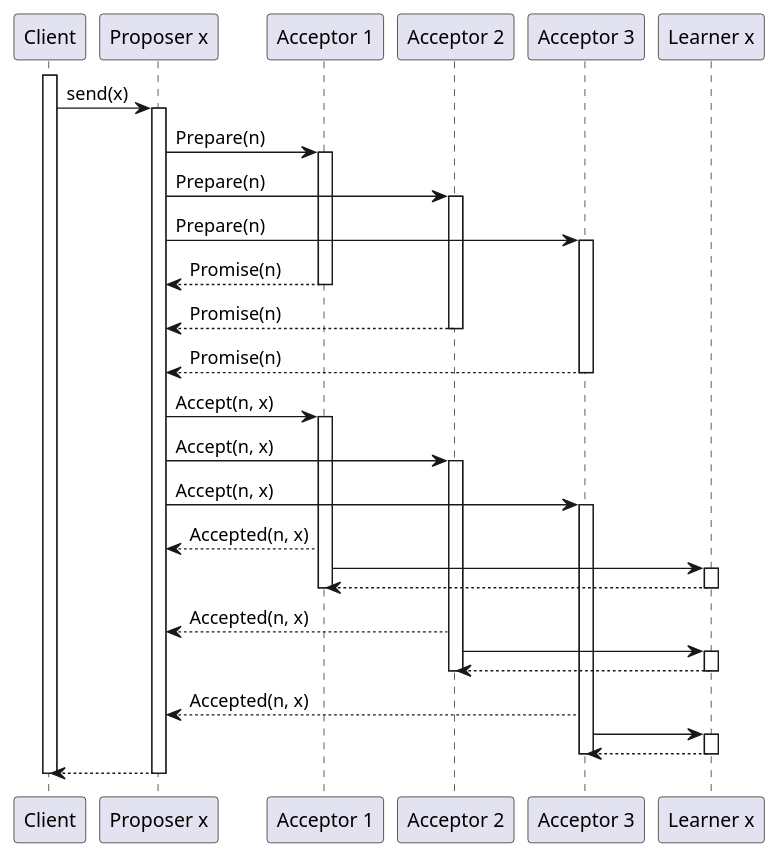
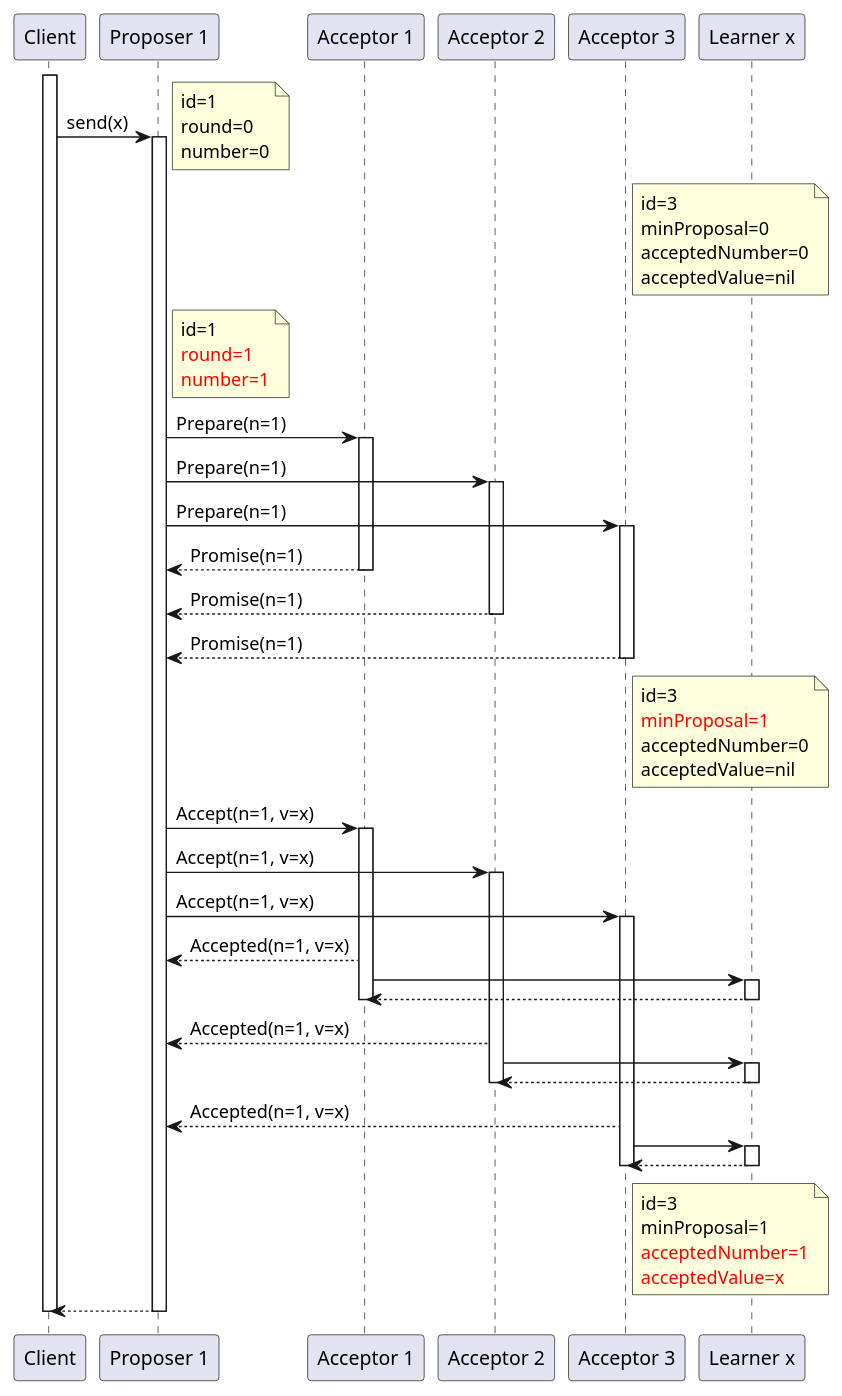
Before and after one commit to nocnob/notfound: the second of 3 diagrams in src/pages/posts/distribution-paxos-basic.adoc, drawn with PlantUML. The commit also changed other lines of this file, not shown here.

Commit message:
修改：     src/pages/posts/distribution-paxos-basic.adoc

```diff
--- a/src/pages/posts/distribution-paxos-basic.adoc
+++ b/src/pages/posts/distribution-paxos-basic.adoc
@@ -53,57 +53,62 @@
 [source,plantuml]
 ----
 @startuml
 participant Client as c
-participant "Proposer x" as p
+participant "Proposer 1" as p
 participant "Acceptor 1" as a1
 participant "Acceptor 2" as a2
 participant "Acceptor 3" as a3
 participant "Learner x" as lx
 
 activate c
 c -> p : send(x)
 activate p
 
-p -> a1 : Prepare(n)
+note right: id=1\nround=0\nnumber=0
+note right a3: id=3\nminProposal=0\nacceptedNumber=0\nacceptedValue=nil
+note right p: id=1\n<font color=red>round=1\n<font color=red>number=1
+p -> a1 : Prepare(n=1)
 activate a1
-p -> a2 : Prepare(n)
+p -> a2 : Prepare(n=1)
 activate a2
-p -> a3 : Prepare(n)
+p -> a3 : Prepare(n=1)
 activate a3
-p <-- a1 : Promise(n)
+p <-- a1 : Promise(n=1)
 deactivate a1
-p <-- a2 : Promise(n)
+p <-- a2 : Promise(n=1)
 deactivate a2
-p <-- a3 : Promise(n)
+p <-- a3 : Promise(n=1)
 deactivate a3
+note right a3: id=3\n<font color=red>minProposal=1\nacceptedNumber=0\nacceptedValue=nil
 
-p -> a1 : Accept(n, x)
+p -> a1 : Accept(n=1, v=x)
 activate a1
-p -> a2 : Accept(n, x)
+p -> a2 : Accept(n=1, v=x)
 activate a2
-p -> a3 : Accept(n, x)
+p -> a3 : Accept(n=1, v=x)
 activate a3
-p <-- a1 : Accepted(n, x)
-a1 -> lx
-activate lx
-a1 <-- lx
-deactivate lx
+p <-- a1 : Accepted(n=1, v=x)
+    a1 -> lx
+    activate lx
+    a1 <-- lx
+    deactivate lx
 deactivate a1
-p <-- a2 : Accepted(n, x)
-a2 -> lx
-activate lx
-a2 <-- lx
-deactivate lx
+p <-- a2 : Accepted(n=1, v=x)
+    a2 -> lx
+    activate lx
+    a2 <-- lx
+    deactivate lx
 deactivate a2
-p <-- a3 : Accepted(n, x)
-a3 -> lx
-activate lx
-a3 <-- lx
-deactivate lx
+p <-- a3 : Accepted(n=1, v=x)
+    a3 -> lx
+    activate lx
+    a3 <-- lx
+    deactivate lx
 deactivate a3
+note right a3: id=3\nminProposal=1\n<font color=red>acceptedNumber=1\n<font color=red>acceptedValue=x
 
 c <-- p
 deactivate p
 deactivate c
 @enduml
 ----
```
